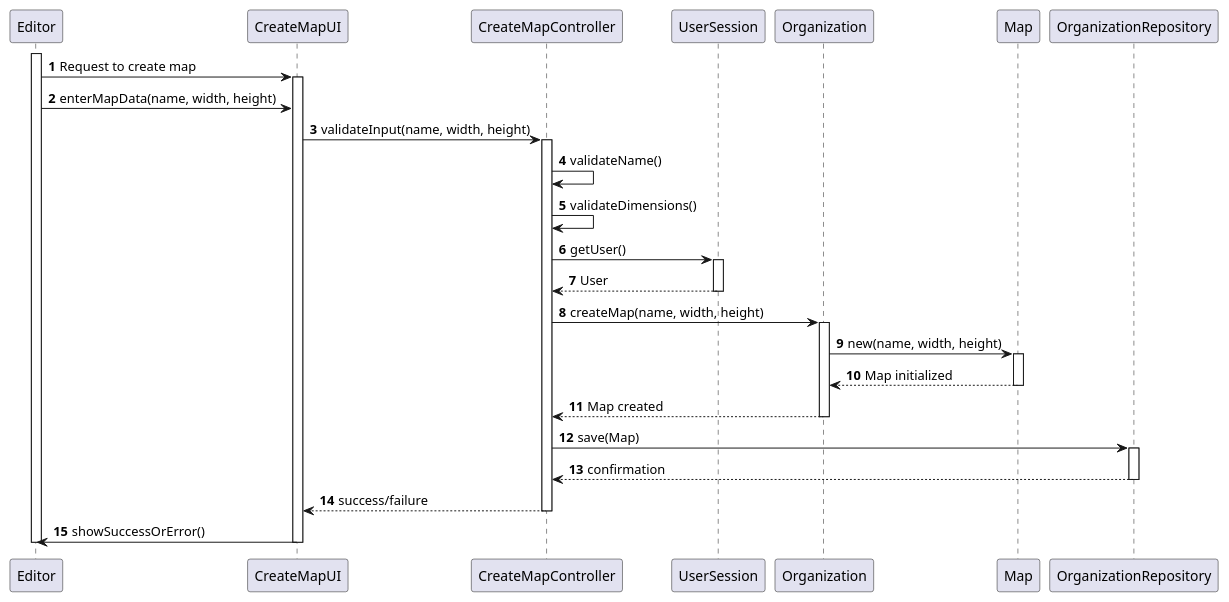
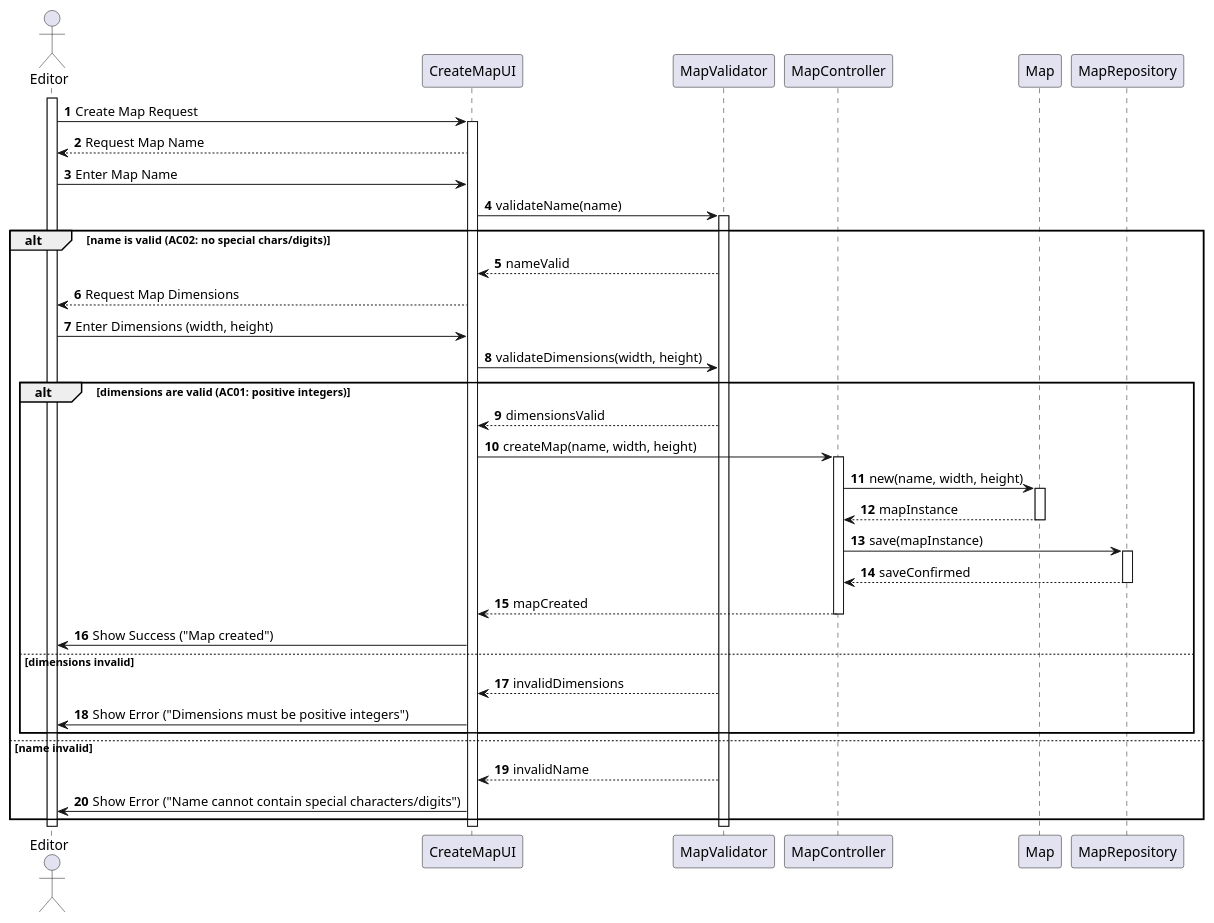
Before and after one commit to Andremonteiro1240850/railway_simulator: the diagram in Sprint2/US01/03.design.us01/puml/US01-SD-full.puml, drawn with PlantUML. The commit also changed other lines of this file and 7 other files, not shown here.

Commit message:
Diagrams Updated

```diff
--- a/Sprint2/US01/03.design.us01/puml/US01-SD-full.puml
+++ b/Sprint2/US01/03.design.us01/puml/US01-SD-full.puml
@@ -1,59 +1,53 @@
 @startuml
-'https://plantuml.com/sequence-diagram
-'skinparam monochrome true
 skinparam packageStyle rectangle
 skinparam shadowing false
 
 autonumber
 
-'hide footbox
+actor Editor
 
-' Editor inicia o caso de uso
 activate Editor
-Editor -> CreateMapUI : Request to create map
+Editor -> CreateMapUI : Create Map Request
 activate CreateMapUI
 
-' Editor insere os dados do mapa (nome e dimensões)
-Editor -> CreateMapUI : enterMapData(name, width, height)
+CreateMapUI --> Editor : Request Map Name
+Editor -> CreateMapUI : Enter Map Name
+CreateMapUI -> MapValidator : validateName(name)
+activate MapValidator
 
-' UI envia os dados ao controller para validação
-CreateMapUI -> CreateMapController : validateInput(name, width, height)
-activate CreateMapController
+alt name is valid (AC02: no special chars/digits)
+  MapValidator --> CreateMapUI : nameValid
+  CreateMapUI --> Editor : Request Map Dimensions
+  Editor -> CreateMapUI : Enter Dimensions (width, height)
+  CreateMapUI -> MapValidator : validateDimensions(width, height)
 
+  alt dimensions are valid (AC01: positive integers)
+    MapValidator --> CreateMapUI : dimensionsValid
+    CreateMapUI -> MapController : createMap(name, width, height)
+    activate MapController
+    MapController -> Map : new(name, width, height)
+    activate Map
+    Map --> MapController : mapInstance
+    deactivate Map
 
-' Controller executa validações locais
-CreateMapController -> CreateMapController : validateName()
-CreateMapController -> CreateMapController : validateDimensions()
+    MapController -> MapRepository : save(mapInstance)
+    activate MapRepository
+    MapRepository --> MapController : saveConfirmed
+    deactivate MapRepository
 
-' Controller obtém o utilizador autenticado
-CreateMapController -> UserSession : getUser()
-activate UserSession
-UserSession --> CreateMapController : User
-deactivate UserSession
+    MapController --> CreateMapUI : mapCreated
+    deactivate MapController
+    CreateMapUI -> Editor : Show Success ("Map created")
+  else dimensions invalid
+    MapValidator --> CreateMapUI : invalidDimensions
+    CreateMapUI -> Editor : Show Error ("Dimensions must be positive integers")
+  end
+else name invalid
+  MapValidator --> CreateMapUI : invalidName
+  CreateMapUI -> Editor : Show Error ("Name cannot contain special characters/digits")
+end
 
-' Organização cria o mapa
-CreateMapController -> Organization : createMap(name, width, height)
-activate Organization
-Organization -> Map : new(name, width, height)
-activate Map
-Map --> Organization : Map initialized
-deactivate Map
-Organization --> CreateMapController : Map created
-deactivate Organization
-
-' Controller persiste o mapa
-CreateMapController -> OrganizationRepository : save(Map)
-activate OrganizationRepository
-OrganizationRepository --> CreateMapController : confirmation
-deactivate OrganizationRepository
-
-' Controller devolve o resultado à UI
-CreateMapController --> CreateMapUI : success/failure
-deactivate CreateMapController
-
-' UI mostra mensagem ao Editor
-CreateMapUI -> Editor : showSuccessOrError()
+deactivate MapValidator
 deactivate CreateMapUI
 deactivate Editor
-
 @enduml
```
